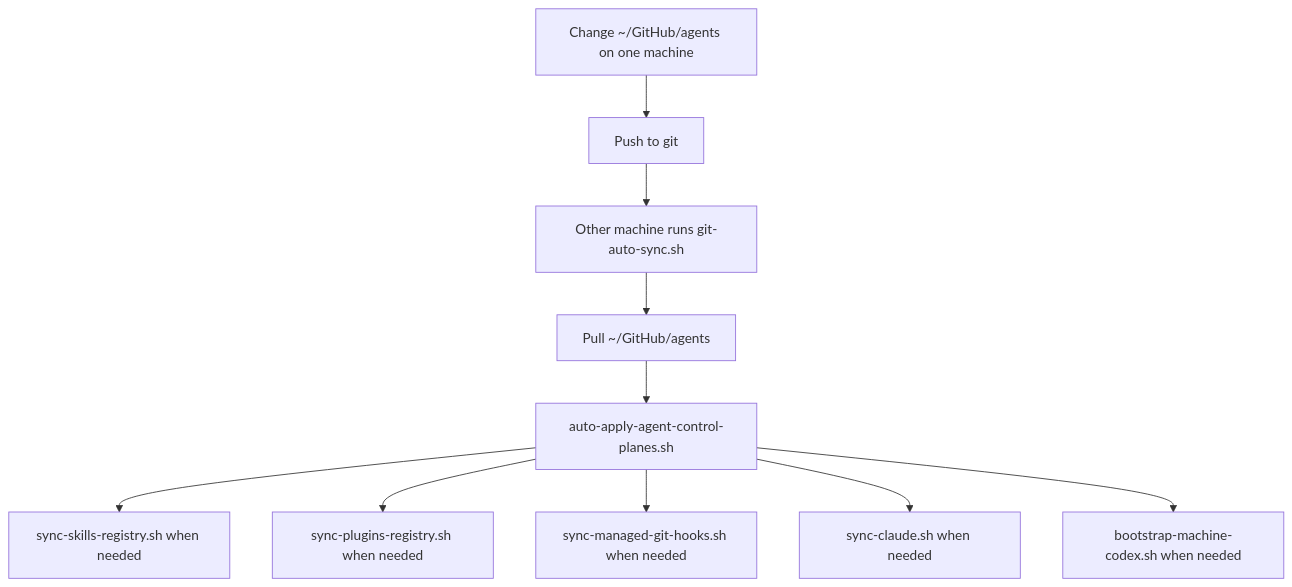
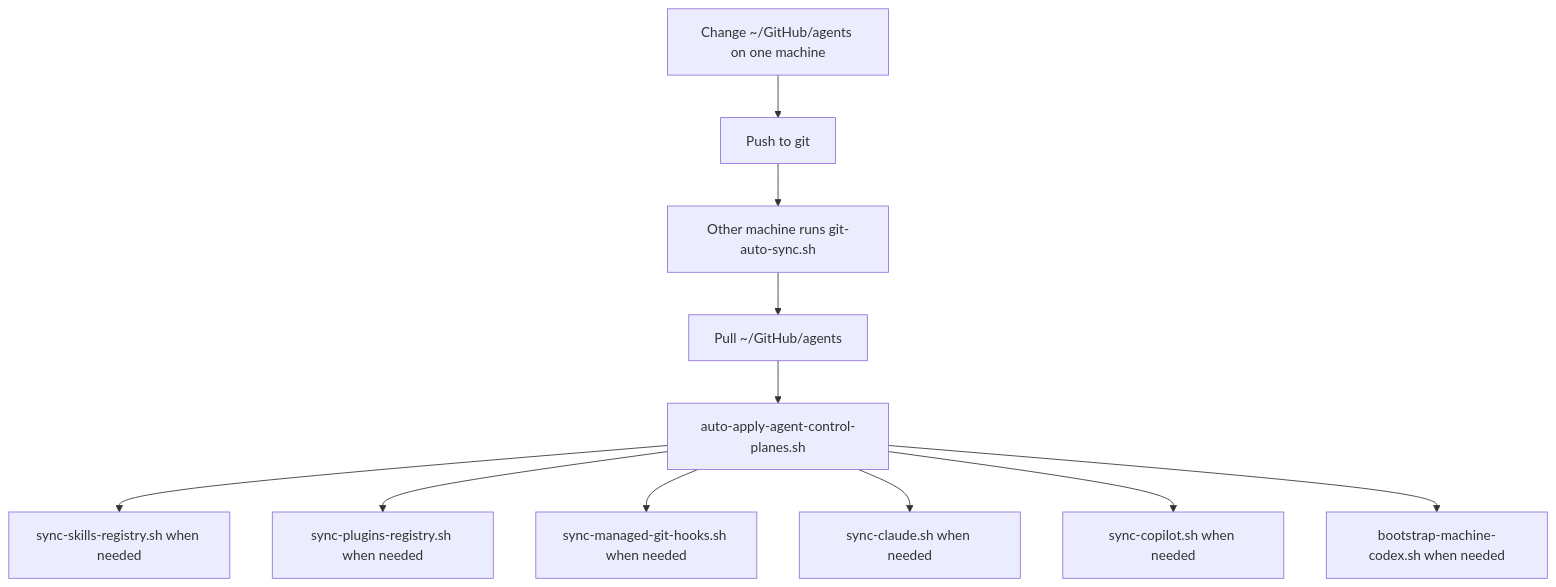
The diagram in docs/architecture/codex-sync-simple.md (wisdom-in-a-nutshell/.agents), drawn with Mermaid before and after one commit. The commit also changed other lines of this file and 17 other files, not shown here.

````diff
--- a/docs/architecture/codex-sync-simple.md
+++ b/docs/architecture/codex-sync-simple.md
@@ -11,12 +11,13 @@
 ```mermaid
 flowchart TD
     A["Change ~/GitHub/agents on one machine"] --> B["Push to git"]
     B --> C["Other machine runs git-auto-sync.sh"]
     C --> D["Pull ~/GitHub/agents"]
     D --> E["auto-apply-agent-control-planes.sh"]
     E --> F["sync-skills-registry.sh when needed"]
     E --> G["sync-plugins-registry.sh when needed"]
     E --> H["sync-managed-git-hooks.sh when needed"]
     E --> I["sync-claude.sh when needed"]
+    E --> K["sync-copilot.sh when needed"]
     E --> J["bootstrap-machine-codex.sh when needed"]
 ```
````
